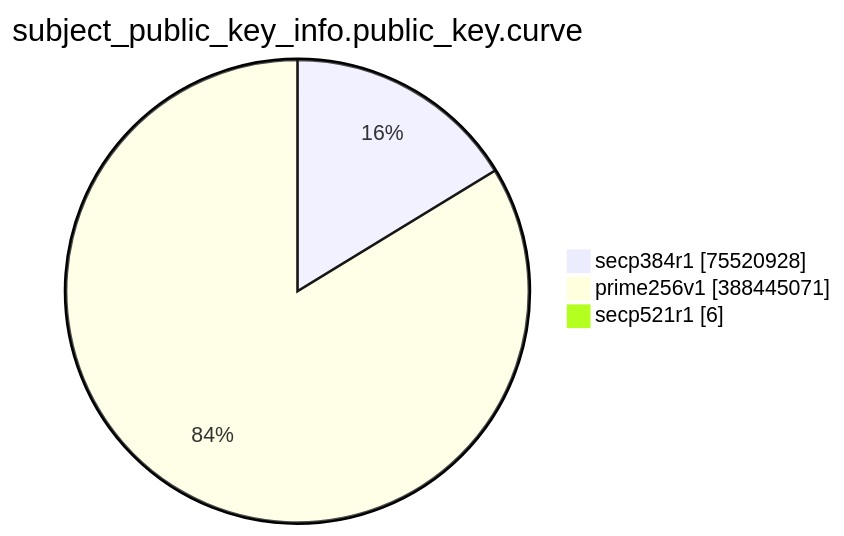
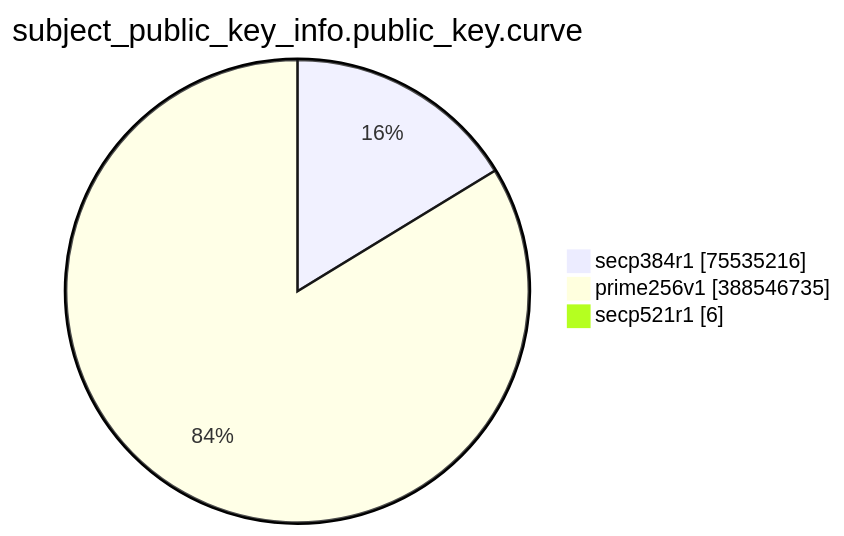
Before and after one commit to christiankrug/ctmonitor_visualization: the eighth of 15 diagrams in TOTAL/README.md, drawn with Mermaid. The commit also changed other lines of this file, not shown here.

````diff
--- a/TOTAL/README.md
+++ b/TOTAL/README.md
@@ -3094,7 +3094,7 @@
 ```mermaid
 pie showData
 title subject_public_key_info.public_key.curve
-"secp384r1" :75520928
-"prime256v1" :388445071
+"secp384r1" :75535216
+"prime256v1" :388546735
 "secp521r1" :6
 ```
````
